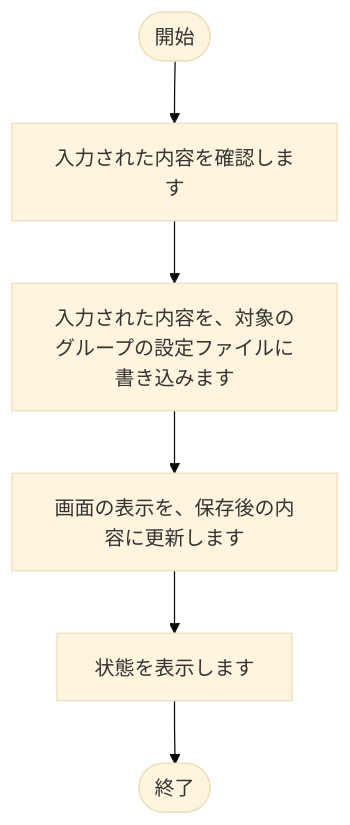
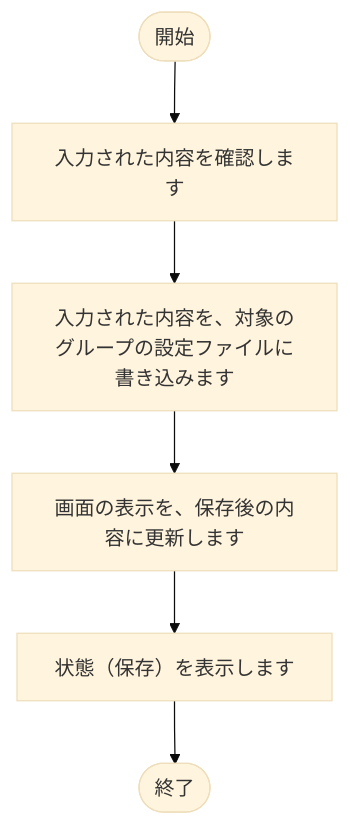
Before and after one commit to nishida2073/project_management: diagram 15 of 28 in tool/track-aggregator/doc/02_設計/処理フロー.md, drawn with Mermaid (base theme). The commit also changed other lines of this file and 35 other files, not shown here.

````diff
--- a/tool/track-aggregator/doc/02_設計/処理フロー.md
+++ b/tool/track-aggregator/doc/02_設計/処理フロー.md
@@ -408,14 +408,14 @@
 ```mermaid
 flowchart TD
     S(["開始"])
     E(["終了"])
     N1["入力された内容を確認します"]
     S --> N1
     N2["入力された内容を、対象のグループの設定ファイルに書き込みます"]
     N1 --> N2
     N3["画面の表示を、保存後の内容に更新します"]
     N2 --> N3
-    N4["状態を表示します"]
+    N4["状態（保存）を表示します"]
     N3 --> N4
     N4 --> E
 ```
````
